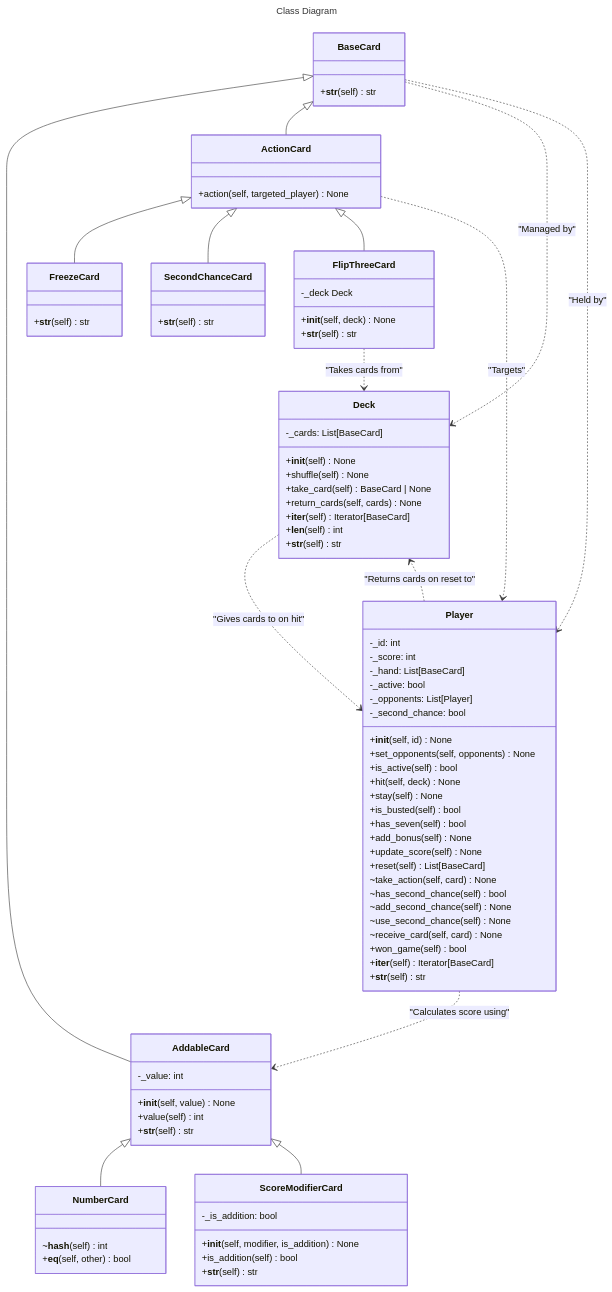
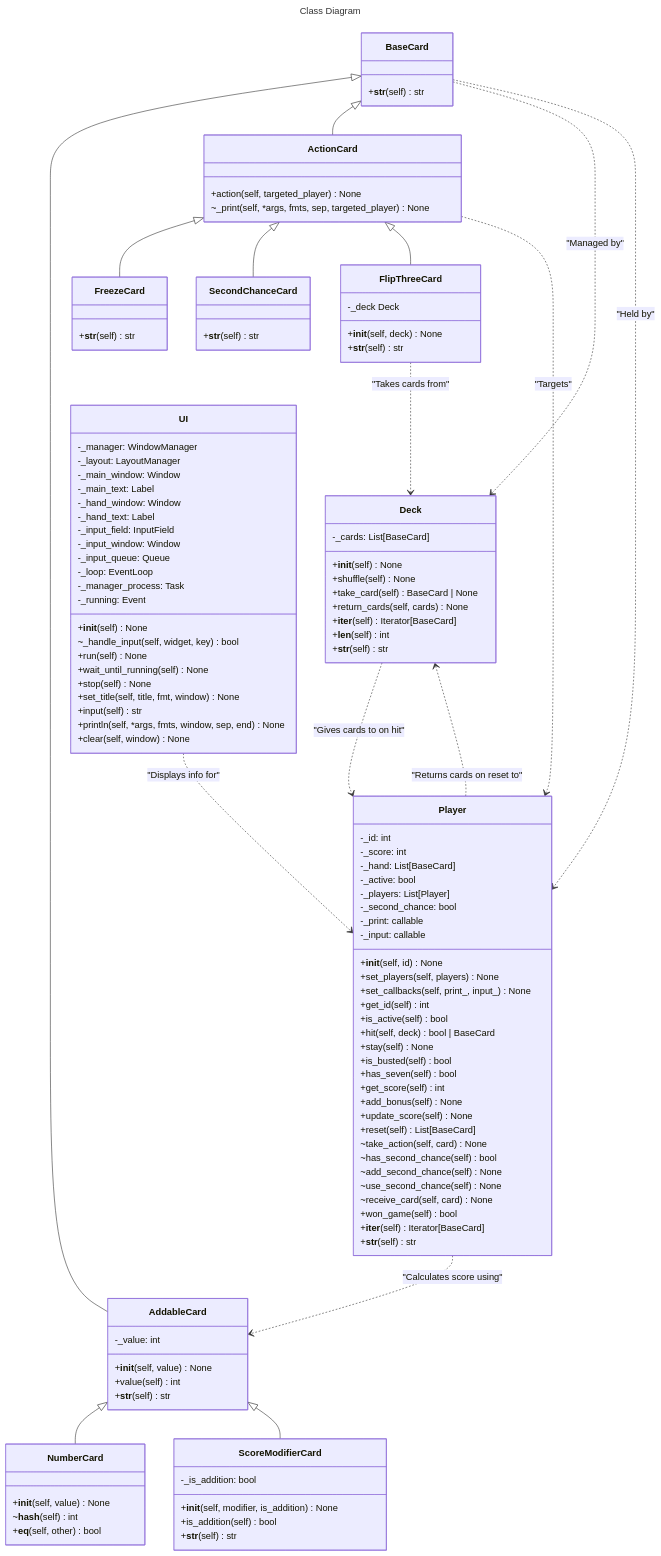
The diagram in DIAGRAM.md (KedarPanchal/ENGR-102-Project), drawn with Mermaid before and after one commit. The commit also changed 1 other file, not shown here.

Commit message:
Update diagram and documentation

````diff
--- a/DIAGRAM.md
+++ b/DIAGRAM.md
@@ -16,6 +16,7 @@
     BaseCard <|-- AddableCard
 
     class NumberCard {
+        +__init__(self, value) None
         ~__hash__(self) int
         +__eq__(self, other) bool
     }
@@ -31,6 +32,7 @@
 
     class ActionCard {
         +action(self, targeted_player) None
+        ~_print(self, *args, fmts, sep, targeted_player) None
     }
     BaseCard <|-- ActionCard
 
@@ -71,15 +73,20 @@
         -_score: int
         -_hand: List[BaseCard]
         -_active: bool
-        -_opponents: List[Player]
+        -_players: List[Player]
         -_second_chance: bool
+        -_print: callable
+        -_input: callable
         +__init__(self, id) None
-        +set_opponents(self, opponents) None
+        +set_players(self, players) None
+        +set_callbacks(self, print_, input_) None
+        +get_id(self) int
         +is_active(self) bool
-        +hit(self, deck) None
+        +hit(self, deck) bool | BaseCard
         +stay(self) None
         +is_busted(self) bool
         +has_seven(self) bool
+        +get_score(self) int
         +add_bonus(self) None
         +update_score(self) None
         +reset(self) List[BaseCard]
@@ -97,4 +104,30 @@
     BaseCard ..> Player: "Held by" 
     ActionCard ..> Player: "Targets" 
     Player ..> AddableCard: "Calculates score using"
+
+
+    class UI {
+        -_manager: WindowManager
+        -_layout: LayoutManager
+        -_main_window: Window
+        -_main_text: Label
+        -_hand_window: Window
+        -_hand_text: Label
+        -_input_field: InputField
+        -_input_window: Window
+        -_input_queue: Queue
+        -_loop: EventLoop
+        -_manager_process: Task
+        -_running: Event
+        +__init__(self) None
+        ~_handle_input(self, widget, key) bool
+        +run(self) None
+        +wait_until_running(self) None
+        +stop(self) None
+        +set_title(self, title, fmt, window) None
+        +input(self) str
+        +println(self, *args, fmts, window, sep, end) None
+        +clear(self, window) None
+    }
+    UI ..> Player: "Displays info for"
 ```
````
